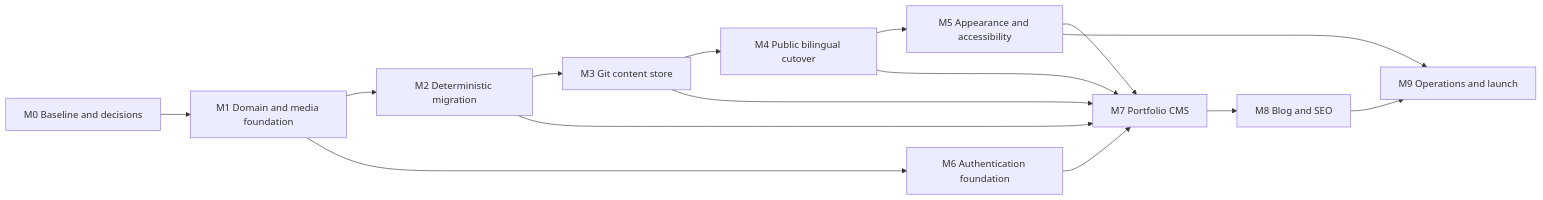
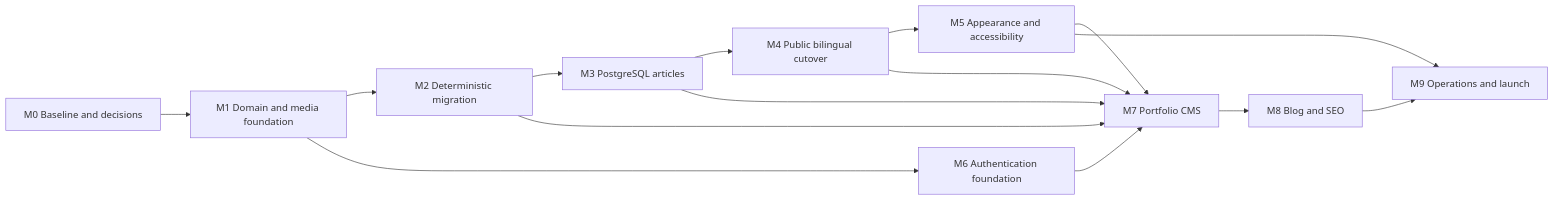
One commit to amirrrreza1/Portfolio changed the diagram in docs/ROADMAP.md. Above: the diagram before and after it, drawn with Mermaid. The commit also changed other lines of this file and 65 other files, not shown here.

````diff
--- a/docs/ROADMAP.md
+++ b/docs/ROADMAP.md
@@ -71,17 +71,17 @@
 ```mermaid
 flowchart LR
     M0["M0 Baseline and decisions"] --> M1["M1 Domain and media foundation"]
     M1 --> M2["M2 Deterministic migration"]
-    M2 --> M3["M3 Git content store"]
+    M2 --> M3["M3 PostgreSQL articles"]
     M3 --> M4["M4 Public bilingual cutover"]
     M4 --> M5["M5 Appearance and accessibility"]
     M1 --> M6["M6 Authentication foundation"]
     M2 --> M7["M7 Portfolio CMS"]
     M3 --> M7
     M4 --> M7
     M5 --> M7
     M6 --> M7
     M7 --> M8["M8 Blog and SEO"]
     M5 --> M9["M9 Operations and launch"]
     M8 --> M9
 ```
````
